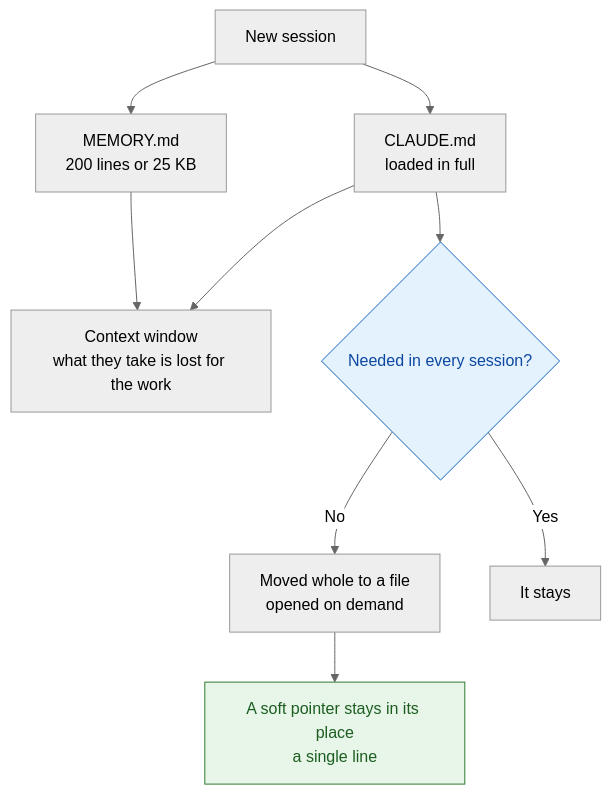
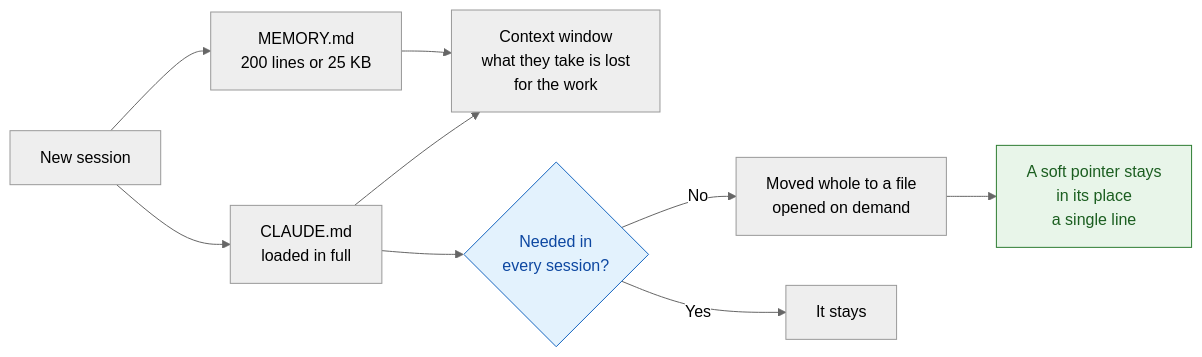
Before and after one commit to jleonceo/claude-code-context-management: the diagram in README.en.md, drawn with Mermaid (neutral theme). The commit also changed 1 other file, not shown here.

Commit message:
Esquema: pasa a horizontal para que ocupe menos de una pantalla
Iba de arriba abajo y ocupaba más de 800 píxeles de alto. Ahora va de
izquierda a derecha. El contenido de las cajas es el mismo.

````diff
--- a/README.en.md
+++ b/README.en.md
@@ -72,12 +72,12 @@
 ```mermaid
-flowchart TD
+flowchart LR
     S[New session] --> CL[CLAUDE.md<br/>loaded in full]
     S --> ME[MEMORY.md<br/>200 lines or 25 KB]
-    CL & ME --> V[Context window<br/>what they take is lost for the work]
-    CL --> P{Needed in every session?}
+    CL & ME --> V[Context window<br/>what they take is lost<br/>for the work]
+    CL --> P{Needed in<br/>every session?}
     P -->|No| F[Moved whole to a file<br/>opened on demand]
-    F --> PB[A soft pointer stays in its place<br/>a single line]
+    F --> PB[A soft pointer stays<br/>in its place<br/>a single line]
     P -->|Yes| Q[It stays]
     style P fill:#e3f2fd,stroke:#1565c0,color:#0d47a1
     style PB fill:#e8f5e9,stroke:#2e7d32,color:#1b5e20
 ```
````
